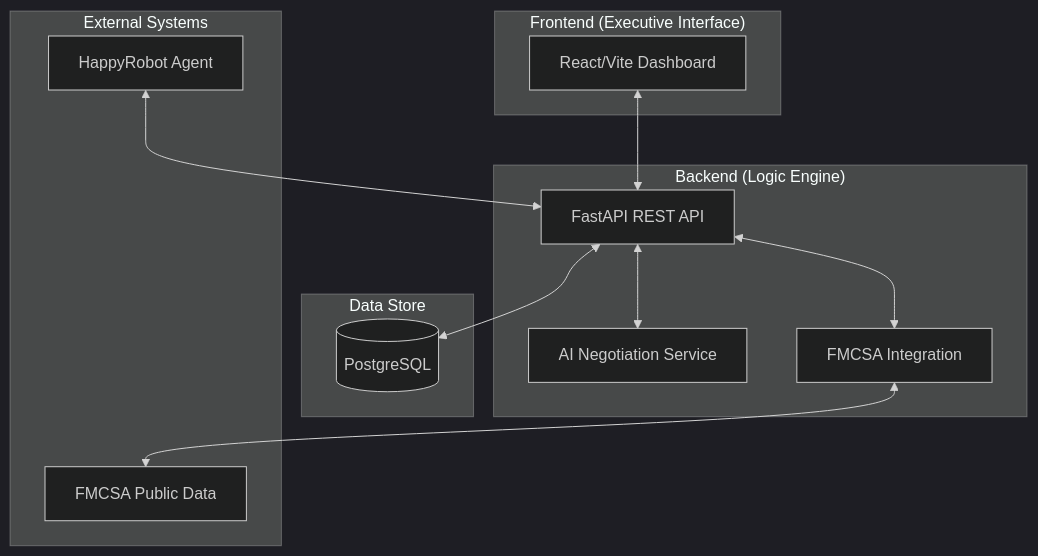
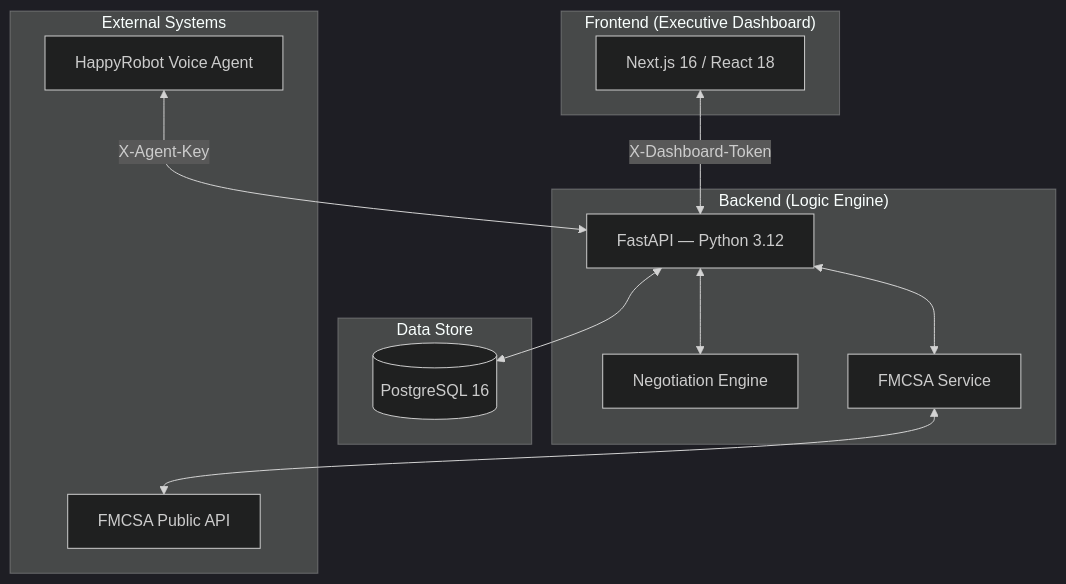
One commit to sergioillescascabiro/happyFDE_SergioIllescas changed the diagram in README.md. Above: the diagram before and after it, drawn with Mermaid (dark theme). The commit also changed other lines of this file, not shown here.

````diff
--- a/README.md
+++ b/README.md
@@ -21,28 +21,28 @@
 ```mermaid
 graph TD
-    subgraph "Frontend (Executive Interface)"
-        A[React/Vite Dashboard]
+    subgraph "Frontend (Executive Dashboard)"
+        A[Next.js 16 / React 18]
     end
-    
+
     subgraph "Backend (Logic Engine)"
-        B[FastAPI REST API]
-        C[AI Negotiation Service]
-        D[FMCSA Integration]
+        B[FastAPI — Python 3.12]
+        C[Negotiation Engine]
+        D[FMCSA Service]
     end
-    
+
     subgraph "Data Store"
-        E[(PostgreSQL)]
+        E[(PostgreSQL 16)]
     end
-    
+
     subgraph "External Systems"
-        F[HappyRobot Agent]
-        G[FMCSA Public Data]
+        F[HappyRobot Voice Agent]
+        G[FMCSA Public API]
     end
-    
-    A <--> B
+
+    A <-->|X-Dashboard-Token| B
     B <--> E
     B <--> C
     B <--> D
     D <--> G
-    F <--> B
+    F <-->|X-Agent-Key| B
 ```
````
